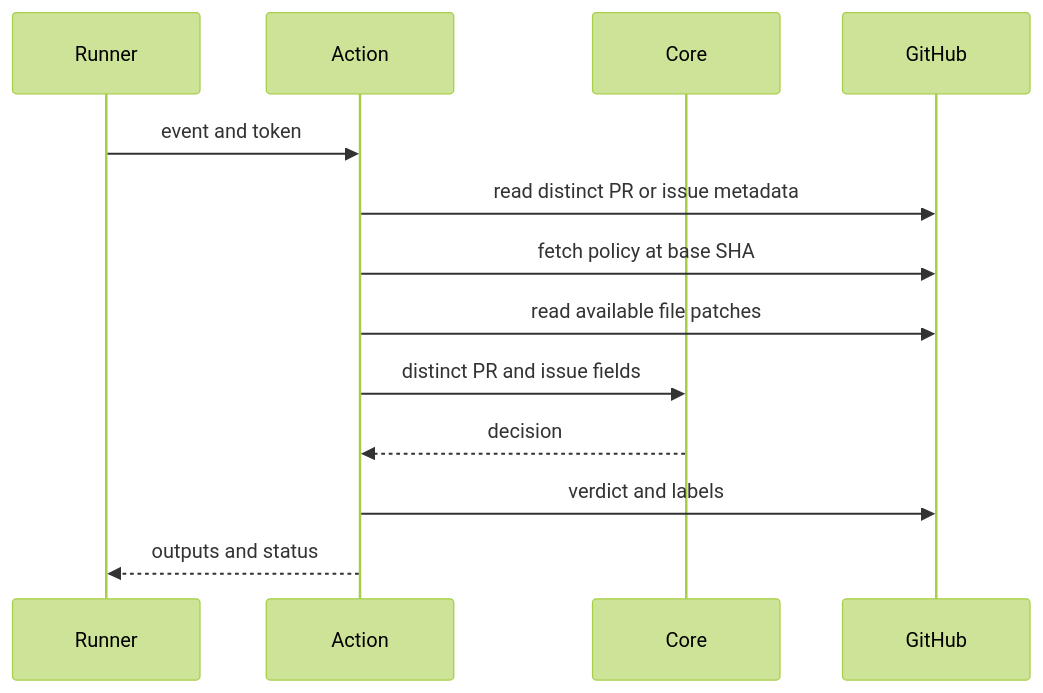
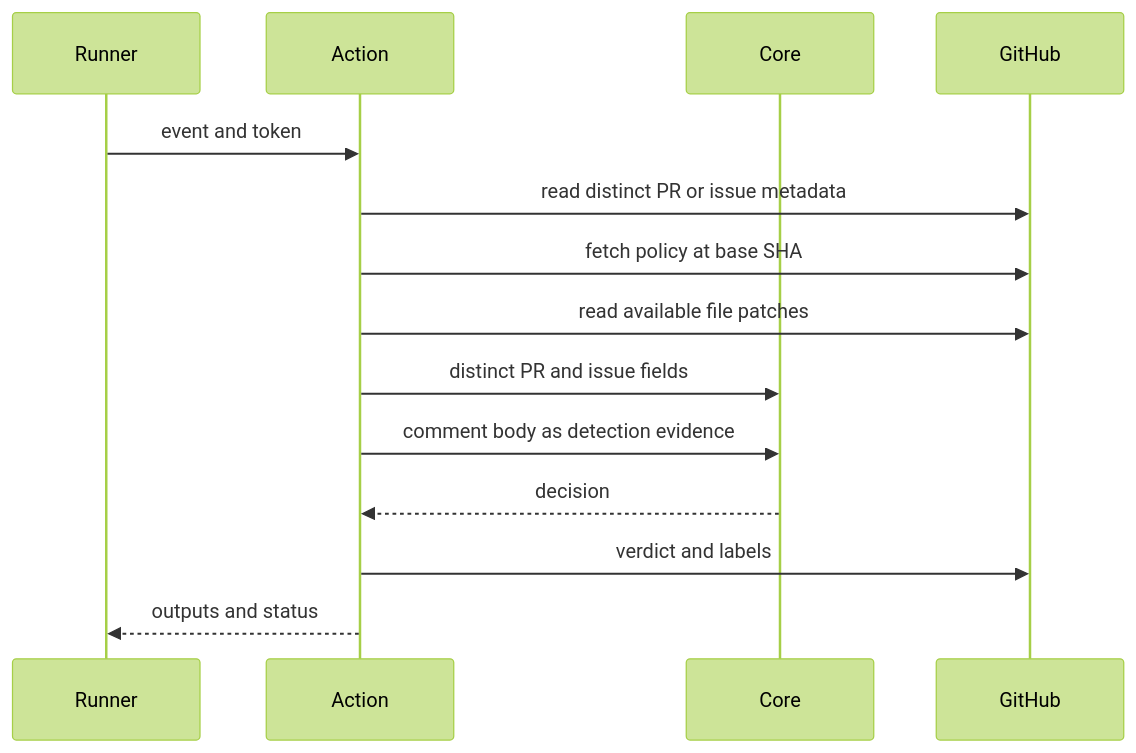
One commit to streamentry/AGENTOWNERS changed the second of 2 diagrams in packages/github-action/AGENTS.md. Above: the diagram before and after it, drawn with Mermaid (forest theme). The commit also changed 9 other files, not shown here.

Commit message:
fix(action): preserve issue comment context

````diff
--- a/packages/github-action/AGENTS.md
+++ b/packages/github-action/AGENTS.md
@@ -37,15 +37,16 @@
 ```mermaid
 sequenceDiagram
   participant Runner
   participant Action
   participant Core
   participant GitHub
   Runner->>Action: event and token
   Action->>GitHub: read distinct PR or issue metadata
   Action->>GitHub: fetch policy at base SHA
   Action->>GitHub: read available file patches
   Action->>Core: distinct PR and issue fields
+  Action->>Core: comment body as detection evidence
   Core-->>Action: decision
   Action->>GitHub: verdict and labels
   Action-->>Runner: outputs and status
 ```
````
